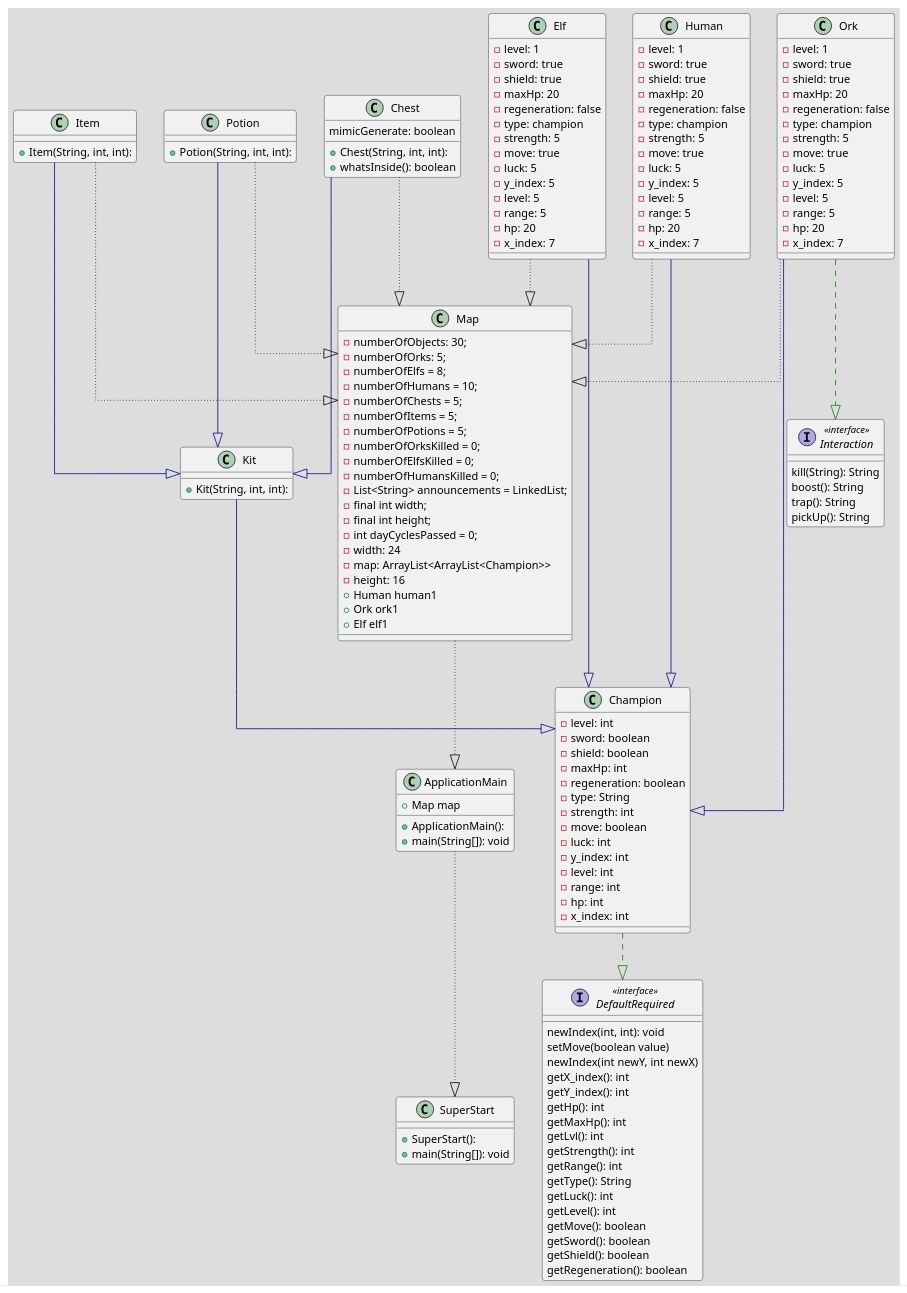
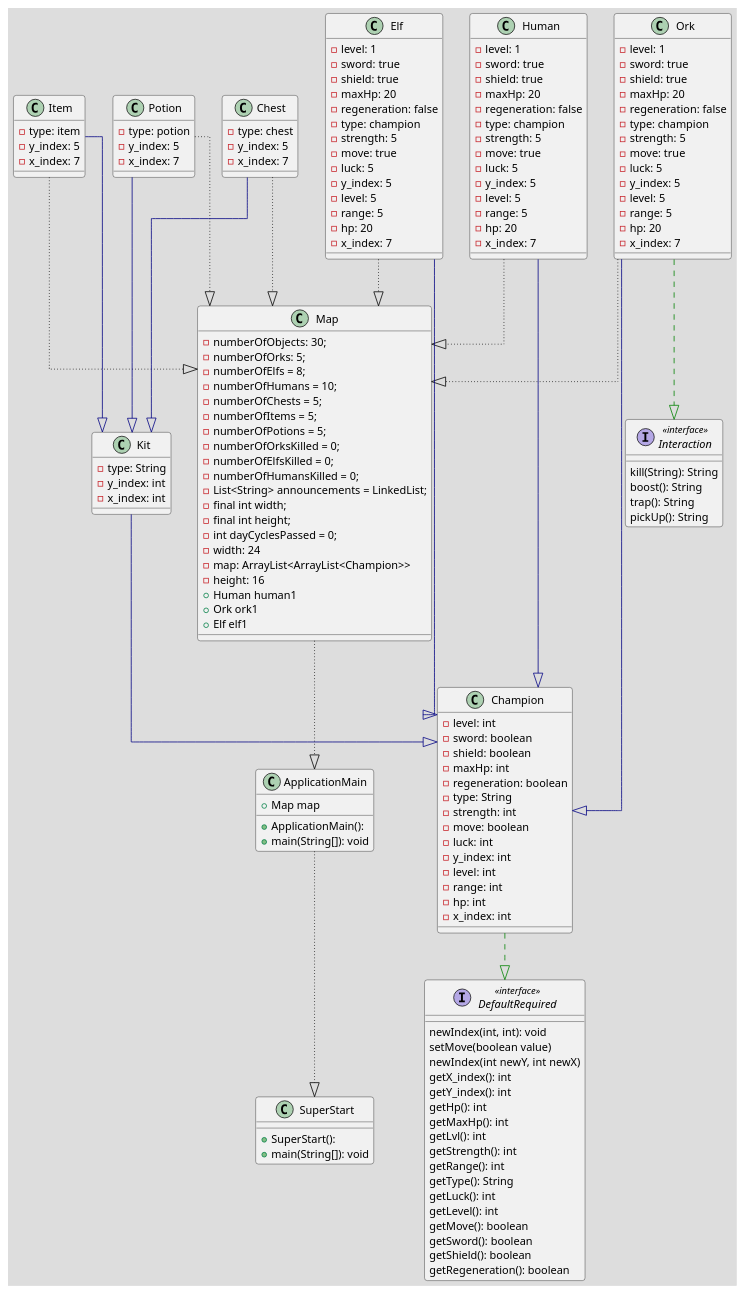
One commit to mikus3363/SymulatorPolaBitwy-OOP-project changed the diagram in SymulatorPolaBitwy-OOP-Project-New-Class.plantuml. Above: the diagram before and after it, drawn with PlantUML. The commit also changed 1 other file, not shown here.

```diff
--- a/SymulatorPolaBitwy-OOP-Project-New-Class.plantuml
+++ b/SymulatorPolaBitwy-OOP-Project-New-Class.plantuml
@@ -1,162 +1,168 @@
 @startuml
 
 !theme toy
 top to bottom direction
 skinparam linetype ortho
 
 class ApplicationMain {
    + Map map
   + ApplicationMain(): 
   + main(String[]): void
 }
 class Champion {
   - level: int
   - sword: boolean
   - shield: boolean
   - maxHp: int
   - regeneration: boolean
   - type: String
   - strength: int
   - move: boolean
   - luck: int
   - y_index: int
   - level: int
   - range: int
   - hp: int
   - x_index: int
 }
 class Chest {
-  + Chest(String, int, int): 
-  + whatsInside(): boolean
-   mimicGenerate: boolean
+  - type: chest
+  - y_index: 5
+  - x_index: 7
 }
 interface DefaultRequired << interface >> {
   newIndex(int, int): void
    setMove(boolean value)
    newIndex(int newY, int newX)
    getX_index(): int
    getY_index(): int
    getHp(): int
    getMaxHp(): int
    getLvl(): int
    getStrength(): int
    getRange(): int
     getType(): String
     getLuck(): int
     getLevel(): int
     getMove(): boolean
     getSword(): boolean
     getShield(): boolean
     getRegeneration(): boolean
 
 }
 class Elf {
   - level: 1
    - sword: true
    - shield: true
    - maxHp: 20
     - regeneration: false
     - type: champion
     - strength: 5
     - move: true
     - luck: 5
     - y_index: 5
     - level: 5
     - range: 5
     - hp: 20
     - x_index: 7
 }
 class Human {
   - level: 1
    - sword: true
    - shield: true
    - maxHp: 20
     - regeneration: false
     - type: champion
     - strength: 5
     - move: true
     - luck: 5
     - y_index: 5
     - level: 5
     - range: 5
     - hp: 20
     - x_index: 7
 }
 interface Interaction << interface >> {
    kill(String): String
    boost(): String
    trap(): String
    pickUp(): String
 }
 class Item {
-  + Item(String, int, int): 
+  - type: item
+  - y_index: 5
+  - x_index: 7
 }
 class Kit {
-  + Kit(String, int, int): 
+  - type: String
+  - y_index: int
+  - x_index: int
 }
 class Map {
     -  numberOfObjects: 30;
     -  numberOfOrks: 5;
     -  numberOfElfs = 8;
     -  numberOfHumans = 10;
     -  numberOfChests = 5;
     -  numberOfItems = 5;
     -  numberOfPotions = 5;
     -  numberOfOrksKilled = 0;
     - numberOfElfsKilled = 0;
     - numberOfHumansKilled = 0;
     - List<String> announcements = LinkedList;
     - final int width;
     - final int height;
     - int dayCyclesPassed = 0;
   - width: 24
   - map: ArrayList<ArrayList<Champion>>
   - height: 16
   + Human human1
   + Ork ork1
   + Elf elf1
 }
 class Ork {
   - level: 1
    - sword: true
    - shield: true
    - maxHp: 20
     - regeneration: false
     - type: champion
     - strength: 5
     - move: true
     - luck: 5
     - y_index: 5
     - level: 5
     - range: 5
     - hp: 20
     - x_index: 7
 }
 class Potion {
-  + Potion(String, int, int): 
+  - type: potion
+  - y_index: 5
+  - x_index: 7
 }
 class SuperStart {
   + SuperStart(): 
   + main(String[]): void
 }
 
 Map         -[#000000,dotted]-^  ApplicationMain
 Elf              -[#000000,dotted]-^  Map
 Ork              -[#000000,dotted]-^  Map
 Human            -[#000000,dotted]-^  Map
 Potion              -[#000000,dotted]-^  Map
 Chest              -[#000000,dotted]-^  Map
 Item            -[#000000,dotted]-^  Map
 ApplicationMain            -[#000000,dotted]-^  SuperStart
 
 
 Champion         -[#008200,dashed]-^  DefaultRequired 
 Chest            -[#000082,plain]-^  Kit             
 Elf              -[#000082,plain]-^  Champion        
 Human            -[#000082,plain]-^  Champion        
 Item             -[#000082,plain]-^  Kit             
 Kit              -[#000082,plain]-^  Champion        
 Ork              -[#000082,plain]-^  Champion        
 Ork              -[#008200,dashed]-^  Interaction     
 Potion           -[#000082,plain]-^  Kit             
 @enduml
```
